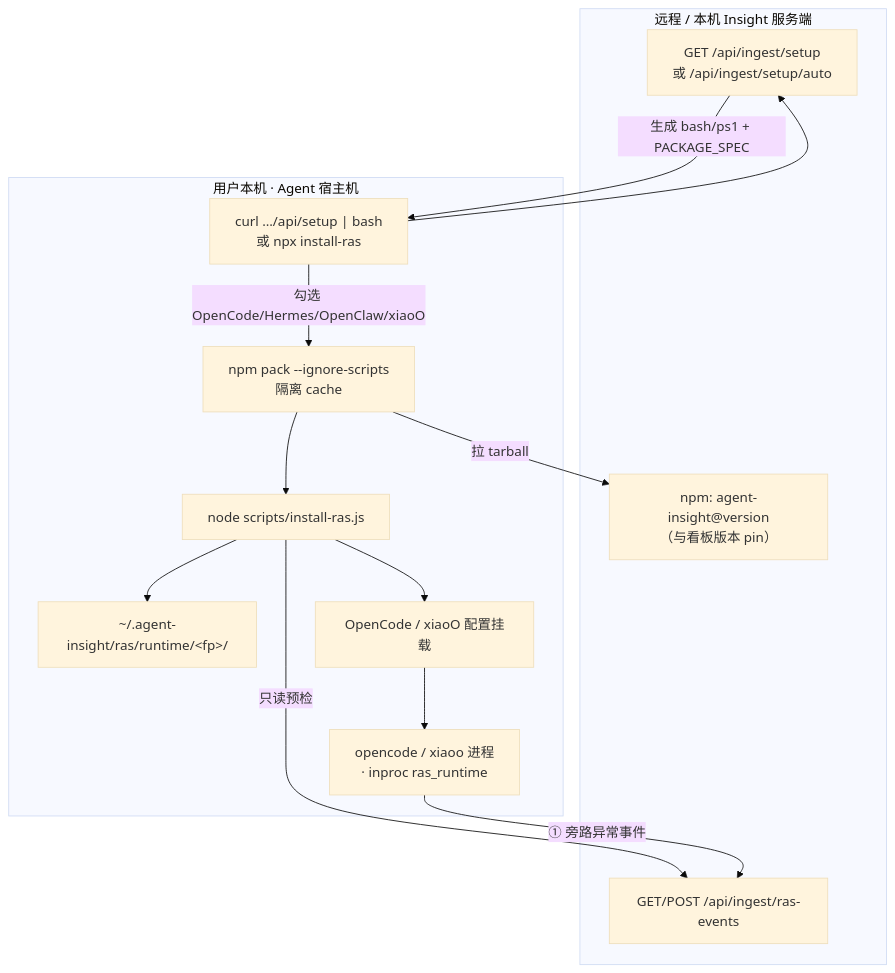
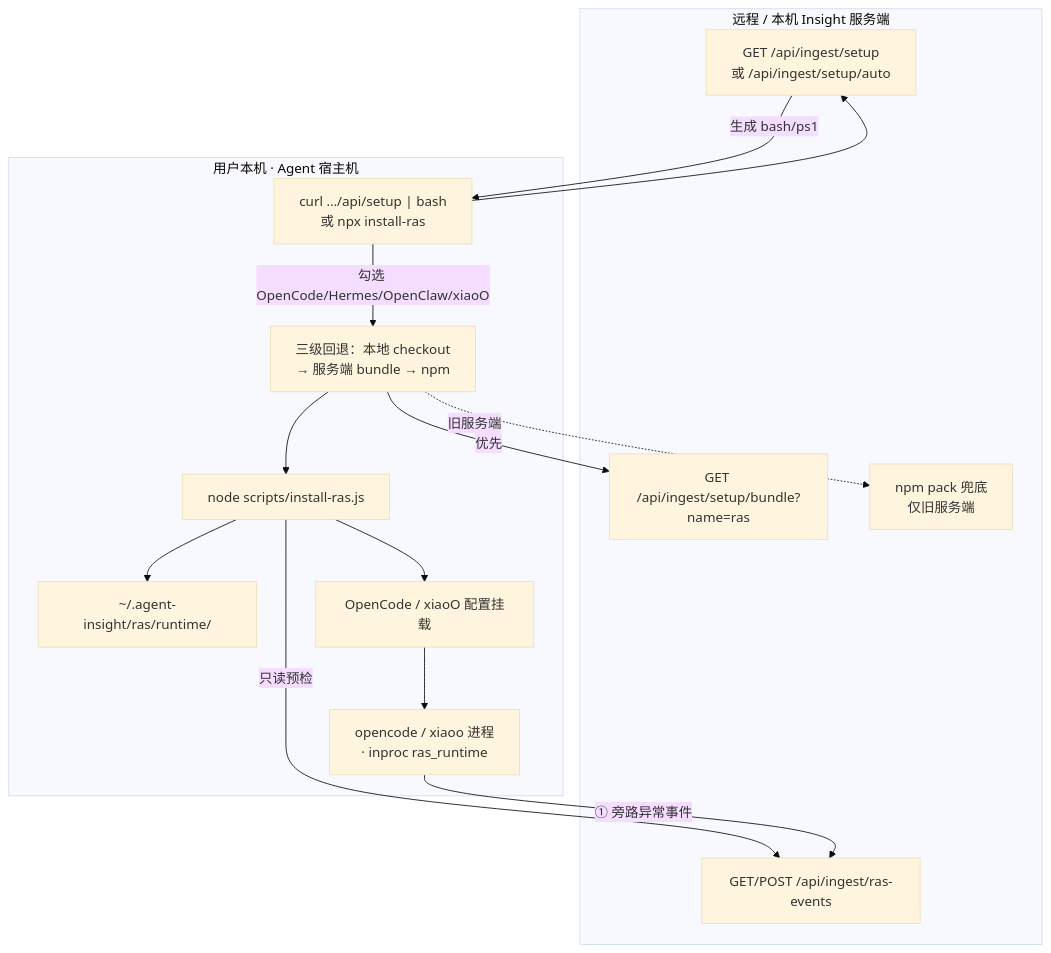
Before and after one commit to openeuler-mirror/agent-insight: the first of 4 diagrams in docs/agent-ras/guides/local-install-process.md, drawn with Mermaid (base theme). The commit also changed other lines of this file and 4 other files, not shown here.

First line of the commit message:
docs: 对齐服务端 bundle 三级回退安装与 client/runtime 固化

````diff
--- a/docs/agent-ras/guides/local-install-process.md
+++ b/docs/agent-ras/guides/local-install-process.md
@@ -14,26 +14,28 @@
 ```mermaid
 flowchart TB
   subgraph remote ["远程 / 本机 Insight 服务端"]
     SetupAPI["GET /api/ingest/setup<br/>或 /api/ingest/setup/auto"]
+    BundleAPI["GET /api/ingest/setup/bundle?name=ras"]
     RasEvents["GET/POST /api/ingest/ras-events"]
-    NpmPkg["npm: agent-insight@version<br/>（与看板版本 pin）"]
+    NpmPkg["npm pack 兜底<br/>仅旧服务端"]
   end
   subgraph userHost ["用户本机 · Agent 宿主机"]
     Curl["curl …/api/setup | bash<br/>或 npx install-ras"]
-    Pack["npm pack --ignore-scripts<br/>隔离 cache"]
+    Fallback["三级回退：本地 checkout<br/>→ 服务端 bundle → npm"]
     Installer["node scripts/install-ras.js"]
-    Runtime["~/.agent-insight/ras/runtime/&lt;fp&gt;/"]
+    Runtime["~/.agent-insight/ras/runtime/"]
     HostCfg["OpenCode / xiaoO 配置挂载"]
     AgentProc["opencode / xiaoo 进程<br/>· inproc ras_runtime"]
   end
   Curl --> SetupAPI
-  SetupAPI -->|"生成 bash/ps1 + PACKAGE_SPEC"| Curl
-  Curl -->|"勾选 OpenCode/Hermes/OpenClaw/xiaoO"| Pack
-  Pack -->|"拉 tarball"| NpmPkg
-  Pack --> Installer
+  SetupAPI -->|"生成 bash/ps1"| Curl
+  Curl -->|"勾选 OpenCode/Hermes/OpenClaw/xiaoO"| Fallback
+  Fallback -->|"优先"| BundleAPI
+  Fallback -.->|"旧服务端"| NpmPkg
+  Fallback --> Installer
   Installer --> Runtime
   Installer --> HostCfg
   Installer -->|"只读预检"| RasEvents
   HostCfg --> AgentProc
   AgentProc -->|"① 旁路异常事件"| RasEvents
 ```
````
